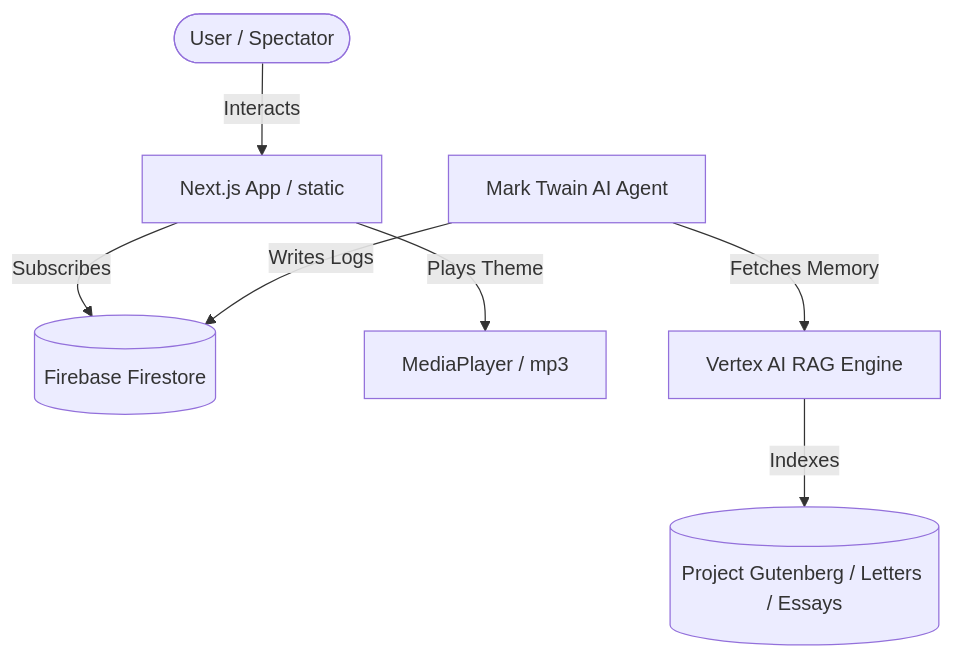
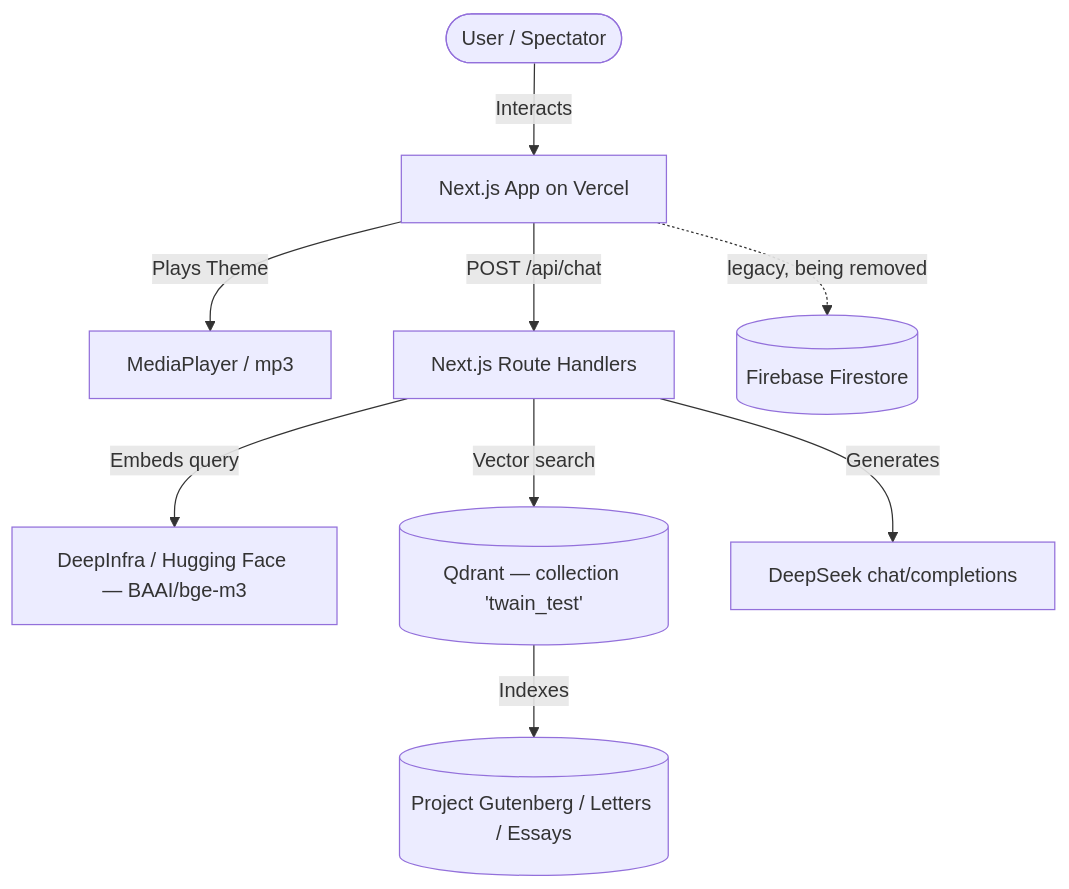
Before and after one commit to otrobonita-studios/mark-twain: the diagram in ARCHITECTURE.md, drawn with Mermaid. The commit also changed other lines of this file and 1 other file, not shown here.

Commit message:
mark-twain: docs describe Vercel, Qdrant and DeepSeek, not Firebase

````diff
--- a/ARCHITECTURE.md
+++ b/ARCHITECTURE.md
@@ -9,10 +16,13 @@
 ```mermaid
 graph TD
-    User([User / Spectator]) -->|Interacts| Web[Next.js App / static]
-    Web -->|Subscribes| DB[(Firebase Firestore)]
+    User([User / Spectator]) -->|Interacts| Web[Next.js App on Vercel]
     Web -->|Plays Theme| MP3[MediaPlayer / mp3]
-    
-    Agent[Mark Twain AI Agent] -->|Writes Logs| DB
-    Agent -->|Fetches Memory| RAG[Vertex AI RAG Engine]
+    Web -->|POST /api/chat| API[Next.js Route Handlers]
+
+    API -->|Embeds query| Embed[DeepInfra / Hugging Face — BAAI/bge-m3]
+    API -->|Vector search| RAG[(Qdrant — collection 'twain_test')]
     RAG -->|Indexes| Docs[(Project Gutenberg / Letters / Essays)]
+    API -->|Generates| LLM[DeepSeek chat/completions]
+
+    Web -.legacy, being removed.-> DB[(Firebase Firestore)]
 ```
````
